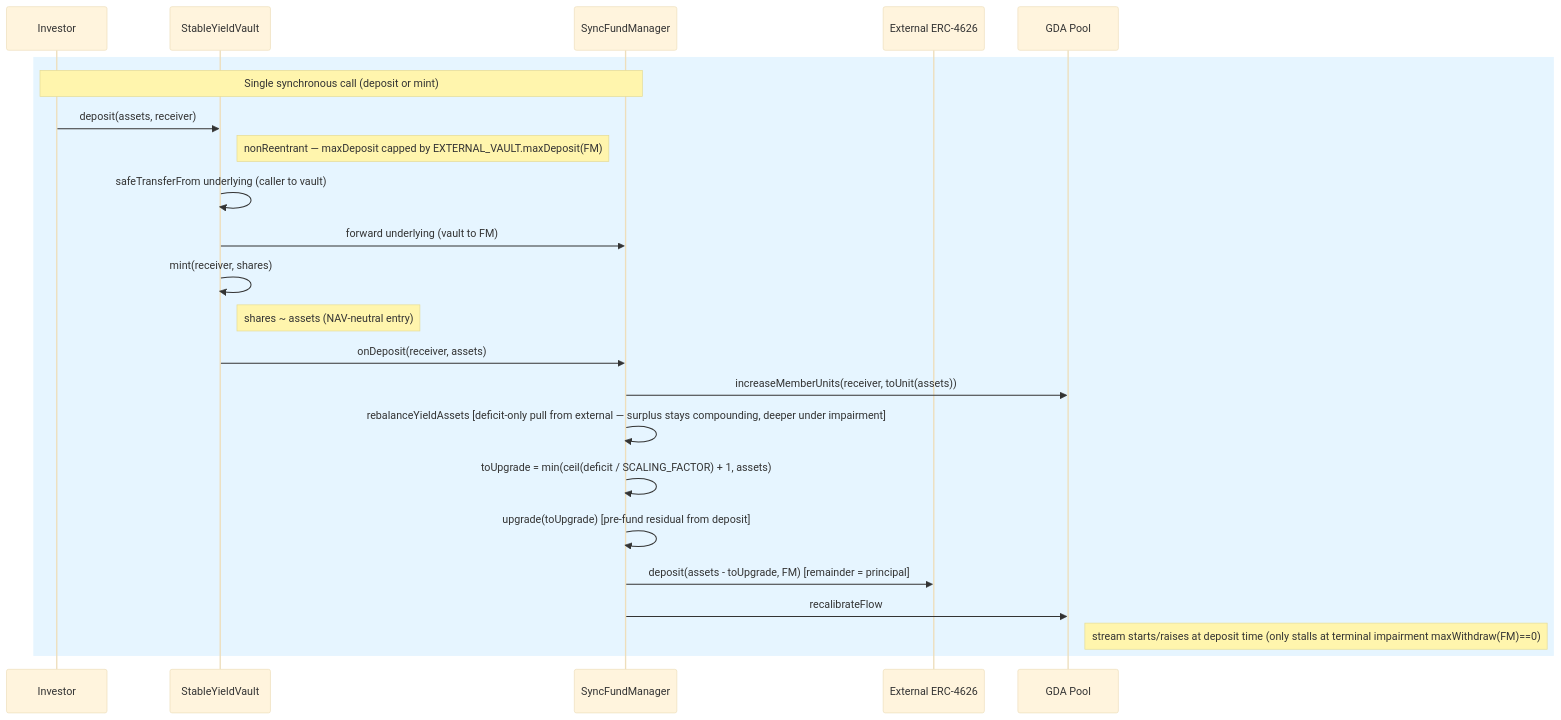
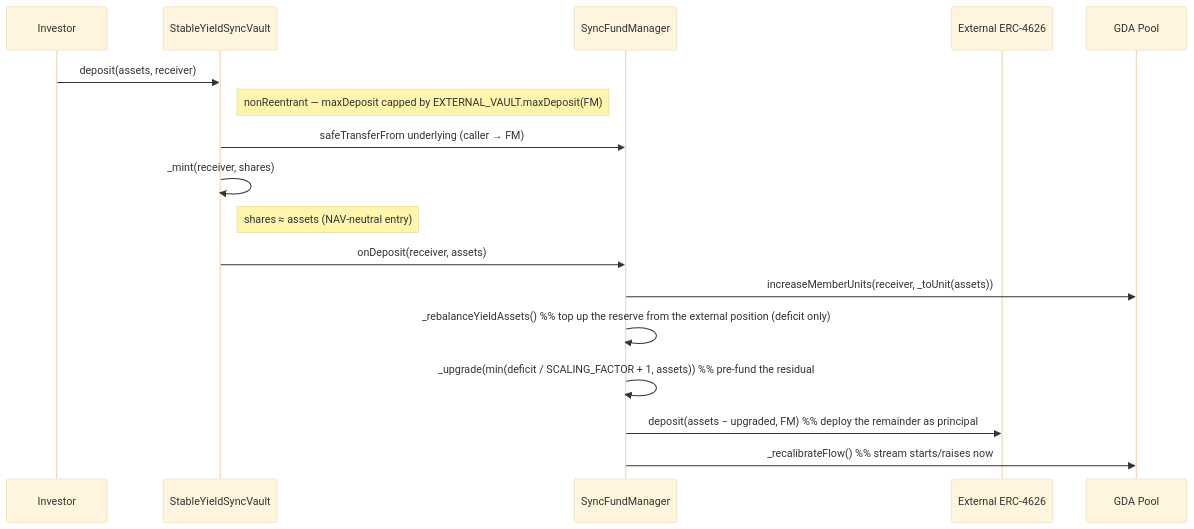
The diagram in docs/sync-vault/flow/deposit-flow.md (superfluid-org/stable-yield-vault), drawn with Mermaid (base theme) before and after one commit. The commit also changed other lines of this file and 8 other files, not shown here.

````diff
--- a/docs/sync-vault/flow/deposit-flow.md
+++ b/docs/sync-vault/flow/deposit-flow.md
@@ -36,26 +28,20 @@
 ```mermaid
 sequenceDiagram
     participant I as Investor
-    participant V as StableYieldVault
+    participant V as StableYieldSyncVault
     participant FM as SyncFundManager
     participant E as External ERC-4626
     participant POOL as GDA Pool
 
-    rect rgb(230, 245, 255)
-    Note over I, FM: Single synchronous call (deposit or mint)
     I->>V: deposit(assets, receiver)
     Note right of V: nonReentrant — maxDeposit capped by EXTERNAL_VAULT.maxDeposit(FM)
-    V->>V: safeTransferFrom underlying (caller to vault)
-    V->>FM: forward underlying (vault to FM)
-    V->>V: mint(receiver, shares)
-    Note right of V: shares ~ assets (NAV-neutral entry)
+    V->>FM: safeTransferFrom underlying (caller → FM)
+    V->>V: _mint(receiver, shares)
+    Note right of V: shares ≈ assets (NAV-neutral entry)
     V->>FM: onDeposit(receiver, assets)
-    FM->>POOL: increaseMemberUnits(receiver, toUnit(assets))
-    FM->>FM: rebalanceYieldAssets [deficit-only pull from external — surplus stays compounding, deeper under impairment]
-    FM->>FM: toUpgrade = min(ceil(deficit / SCALING_FACTOR) + 1, assets)
-    FM->>FM: upgrade(toUpgrade) [pre-fund residual from deposit]
-    FM->>E: deposit(assets - toUpgrade, FM) [remainder = principal]
-    FM->>POOL: recalibrateFlow
-    Note right of POOL: stream starts/raises at deposit time (only stalls at terminal impairment maxWithdraw(FM)==0)
-    end
+    FM->>POOL: increaseMemberUnits(receiver, _toUnit(assets))
+    FM->>FM: _rebalanceYieldAssets()  %% top up the reserve from the external position (deficit only)
+    FM->>FM: _upgrade(min(deficit / SCALING_FACTOR + 1, assets))  %% pre-fund the residual
+    FM->>E: deposit(assets − upgraded, FM)  %% deploy the remainder as principal
+    FM->>POOL: _recalibrateFlow()  %% stream starts/raises now
 ```
````
